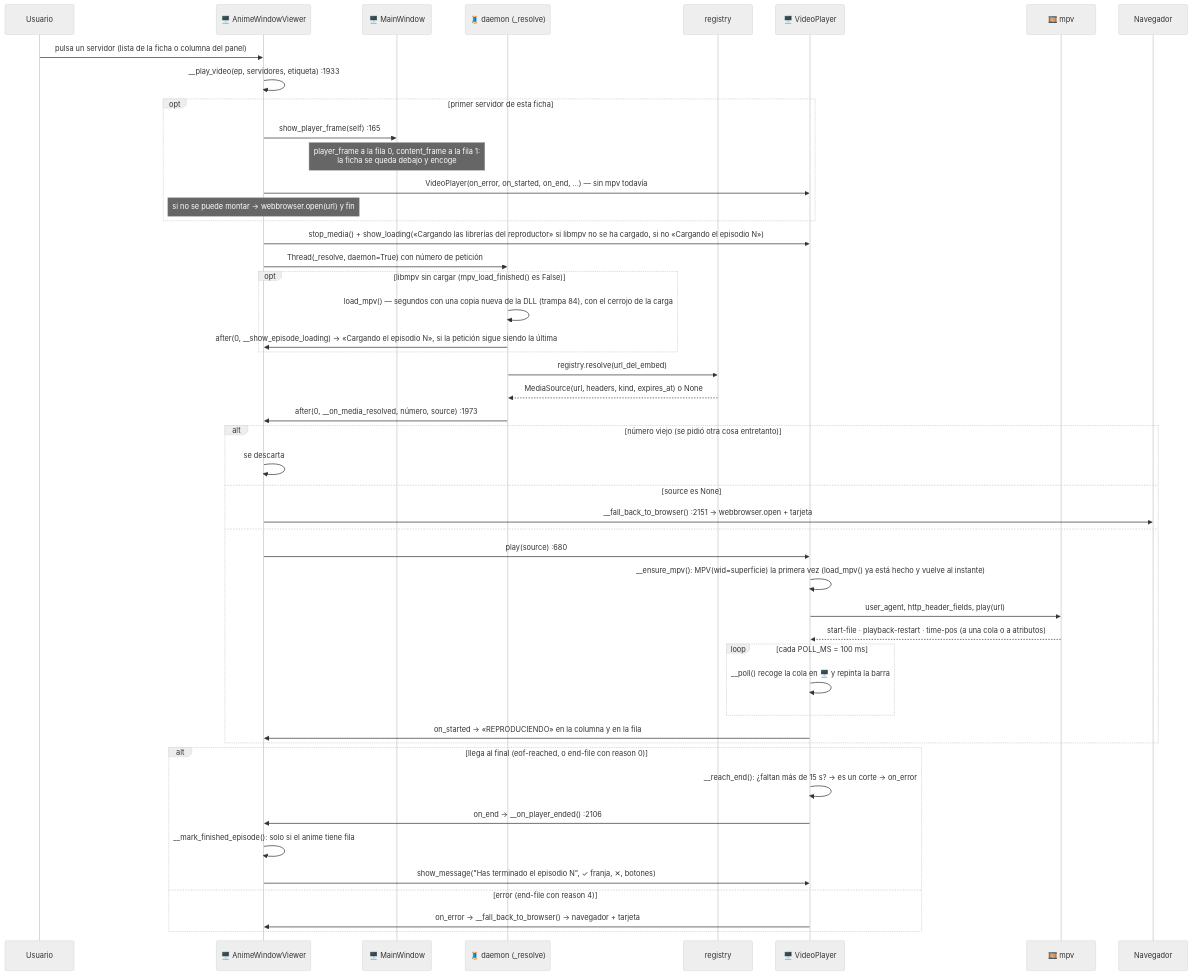
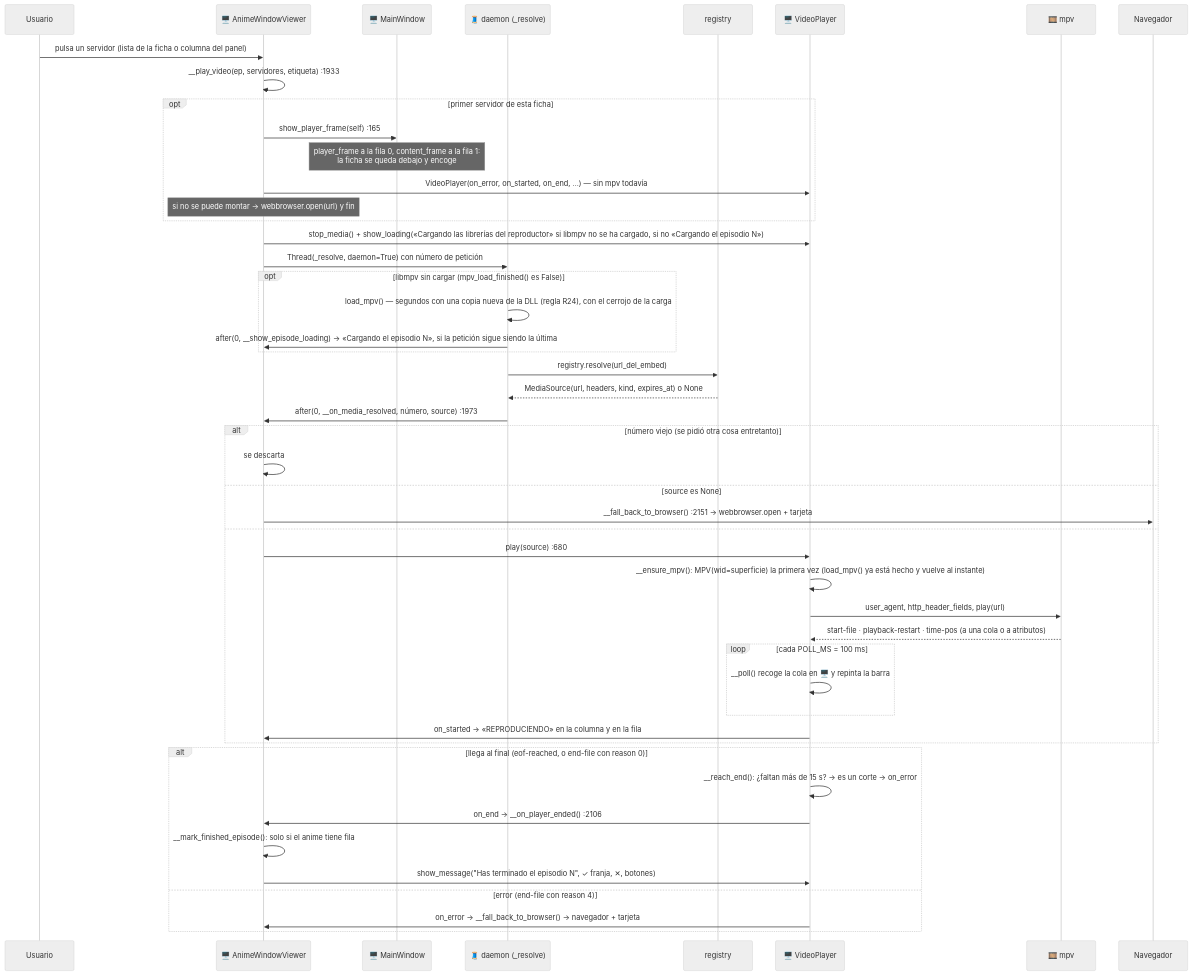
One commit to DavidEscri/BibliotecaAnime changed diagram 15 of 20 in .claude/docs/03-flujos-de-ejecucion.md. Above: the diagram before and after it, drawn with Mermaid (neutral theme). The commit also changed other lines of this file and 15 other files, not shown here.

````diff
--- a/.claude/docs/03-flujos-de-ejecucion.md
+++ b/.claude/docs/03-flujos-de-ejecucion.md
@@ -843,51 +843,51 @@
 ```mermaid
 sequenceDiagram
     participant U as Usuario
     participant AW as 🖥️ AnimeWindowViewer
     participant MW as 🖥️ MainWindow
     participant T as 🧵 daemon (_resolve)
     participant R as registry
     participant VP as 🖥️ VideoPlayer
     participant M as 🎞️ mpv
     participant BR as Navegador
 
     U->>AW: pulsa un servidor (lista de la ficha o columna del panel)
     AW->>AW: __play_video(ep, servidores, etiqueta) :1933
     opt primer servidor de esta ficha
         AW->>MW: show_player_frame(self) :165
         Note over MW: player_frame a la fila 0, content_frame a la fila 1:<br/>la ficha se queda debajo y encoge
         AW->>VP: VideoPlayer(on_error, on_started, on_end, …) — sin mpv todavía
         Note over AW: si no se puede montar → webbrowser.open(url) y fin
     end
     AW->>VP: stop_media() + show_loading(«Cargando las librerías del reproductor» si libmpv no se ha cargado, si no «Cargando el episodio N»)
     AW->>T: Thread(_resolve, daemon=True) con número de petición
     opt libmpv sin cargar (mpv_load_finished() es False)
-        T->>T: load_mpv() — segundos con una copia nueva de la DLL (trampa 84), con el cerrojo de la carga
+        T->>T: load_mpv() — segundos con una copia nueva de la DLL (regla R24), con el cerrojo de la carga
         T->>AW: after(0, __show_episode_loading) → «Cargando el episodio N», si la petición sigue siendo la última
     end
     T->>R: registry.resolve(url_del_embed)
     R-->>T: MediaSource(url, headers, kind, expires_at) o None
     T->>AW: after(0, __on_media_resolved, número, source) :1973
     alt número viejo (se pidió otra cosa entretanto)
         AW->>AW: se descarta
     else source es None
         AW->>BR: __fall_back_to_browser() :2151 → webbrowser.open + tarjeta
     else
         AW->>VP: play(source) :680
         VP->>VP: __ensure_mpv(): MPV(wid=superficie) la primera vez (load_mpv() ya está hecho y vuelve al instante)
         VP->>M: user_agent, http_header_fields, play(url)
         M-->>VP: start-file · playback-restart · time-pos (a una cola o a atributos)
         loop cada POLL_MS = 100 ms
             VP->>VP: __poll() recoge la cola en 🖥️ y repinta la barra
         end
         VP->>AW: on_started → «REPRODUCIENDO» en la columna y en la fila
     end
     alt llega al final (eof-reached, o end-file con reason 0)
         VP->>VP: __reach_end(): ¿faltan más de 15 s? → es un corte → on_error
         VP->>AW: on_end → __on_player_ended() :2106
         AW->>AW: __mark_finished_episode(): solo si el anime tiene fila
         AW->>VP: show_message("Has terminado el episodio N", ✓ franja, ✕, botones)
     else error (end-file con reason 4)
         VP->>AW: on_error → __fall_back_to_browser() → navegador + tarjeta
     end
 ```
````
